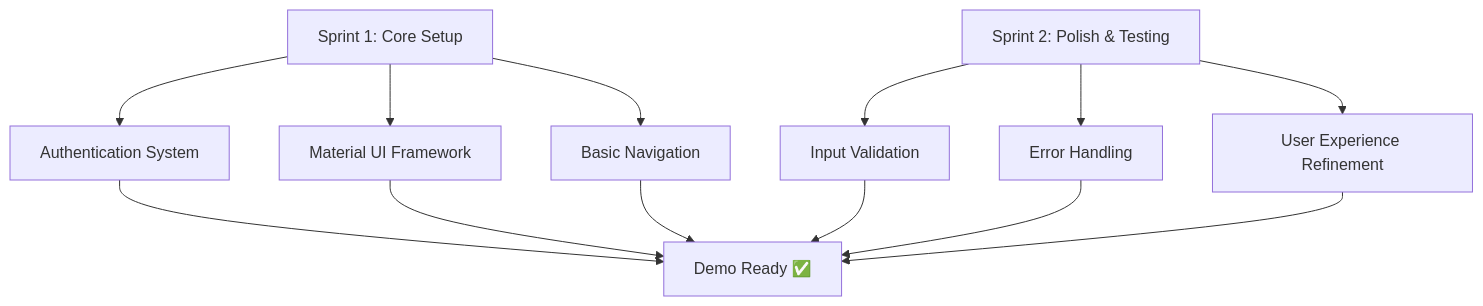
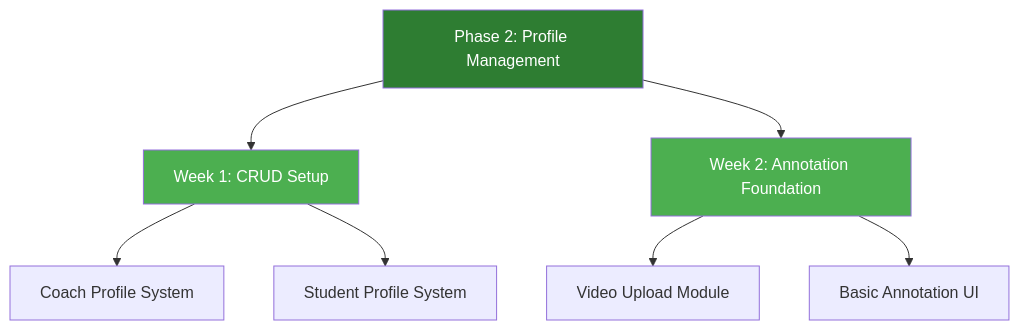
The first of 6 diagrams in Diagram.md (rajpatel8/WicketWise), drawn with Mermaid before and after one commit. The commit also changed other lines of this file, not shown here.

````diff
--- a/Diagram.md
+++ b/Diagram.md
@@ -122,17 +8,15 @@
 ```mermaid
 flowchart TD
-    A[Sprint 1: Core Setup] --> B[Authentication System]
-    A --> C[Material UI Framework]
-    A --> D[Basic Navigation]
+    A[Phase 2: Profile Management] --> B[Week 1: CRUD Setup]
+    A --> C[Week 2: Annotation Foundation]
     
-    E[Sprint 2: Polish & Testing] --> F[Input Validation]
-    E --> G[Error Handling]
-    E --> H[User Experience Refinement]
+    B --> D[Coach Profile System]
+    B --> E[Student Profile System]
     
-    B --> I[Demo Ready ✅]
-    C --> I
-    D --> I
-    F --> I
-    G --> I
-    H --> I
+    C --> F[Video Upload Module]
+    C --> G[Basic Annotation UI]
+    
+    style A fill:#2E7D32,color:#fff
+    style B fill:#4CAF50,color:#fff
+    style C fill:#4CAF50,color:#fff
 ```
````
